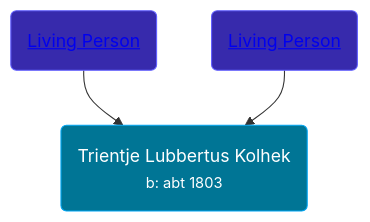
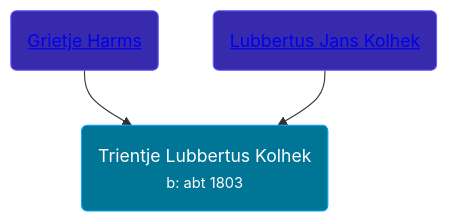
The diagram in pages/people/4/42737119.md (wpmgotkh/wpmgotkh.github.io), drawn with Mermaid before and after one commit. The commit also changed other lines of this file and 586 other files, not shown here.

Commit message:
feat: better shouldConsiderPersonLiving algo

````diff
--- a/pages/people/4/42737119.md
+++ b/pages/people/4/42737119.md
@@ -10,9 +10,9 @@
 ```mermaid
 graph
 classDef grands fill:#193cb8,stroke:#2b7fff,stroke-width:1px,color:#fff;
 classDef parents fill:#372aac,stroke:#615fff,stroke-width:1px,color:#fff;
 classDef primary fill:#007595,stroke:#00a6f4,stroke-width:1px,color:#fff;
 42737119(Trientje Lubbertus Kolhek<br /><small>b: abt 1803</small>):::primary
-76207168(<a class="text-white" href="/people/7/76207168">Living Person</a>):::parents-->42737119
-10319488(<a class="text-white" href="/people/1/10319488">Living Person</a>):::parents-->42737119
+76207168(<a class="text-white" href="/people/7/76207168">Grietje Harms</a>):::parents-->42737119
+10319488(<a class="text-white" href="/people/1/10319488">Lubbertus Jans Kolhek</a>):::parents-->42737119
 ```
````
